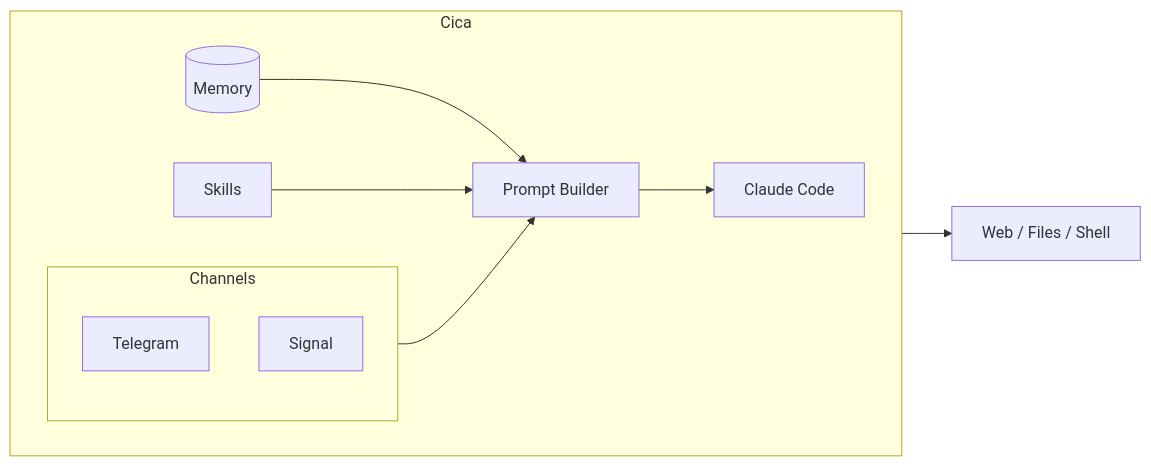
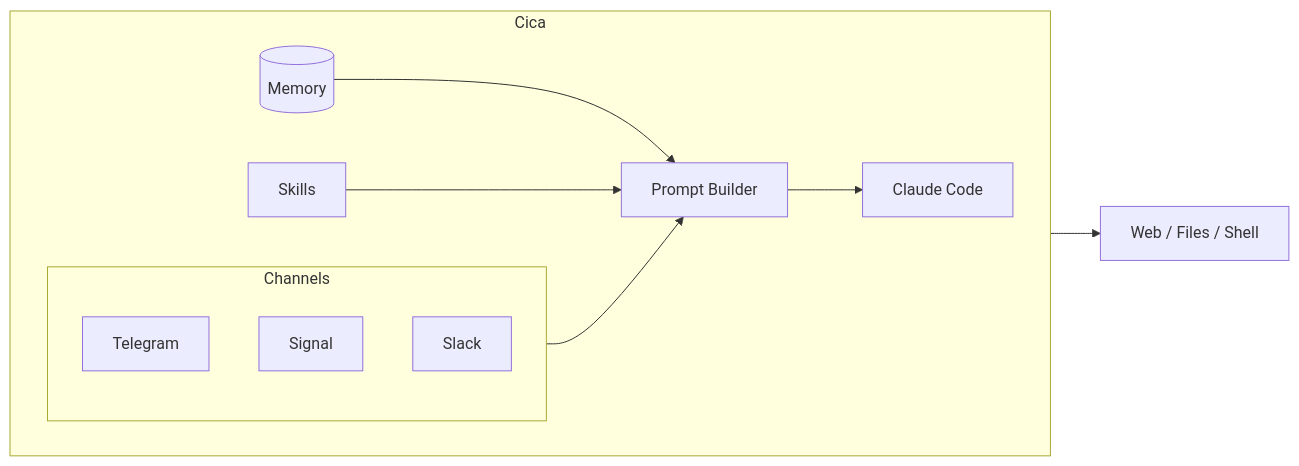
One commit to oxideai/cica changed the diagram in README.md. Above: the diagram before and after it, drawn with Mermaid. The commit also changed other lines of this file and 2 other files, not shown here.

Commit message:
Better handle Slack threading model + images

````diff
--- a/README.md
+++ b/README.md
@@ -66,16 +66,17 @@
 ```mermaid
 flowchart LR
     subgraph Cica
         direction LR
         subgraph Channels
             TG[Telegram]
             SG[Signal]
+            SL[Slack]
         end
         MEM[(Memory)] --> PB
         SK[Skills] --> PB
         Channels --> PB[Prompt Builder]
         PB --> CC[Claude Code]
     end
     
     CC --> Tools[Web / Files / Shell]
 ```
````
